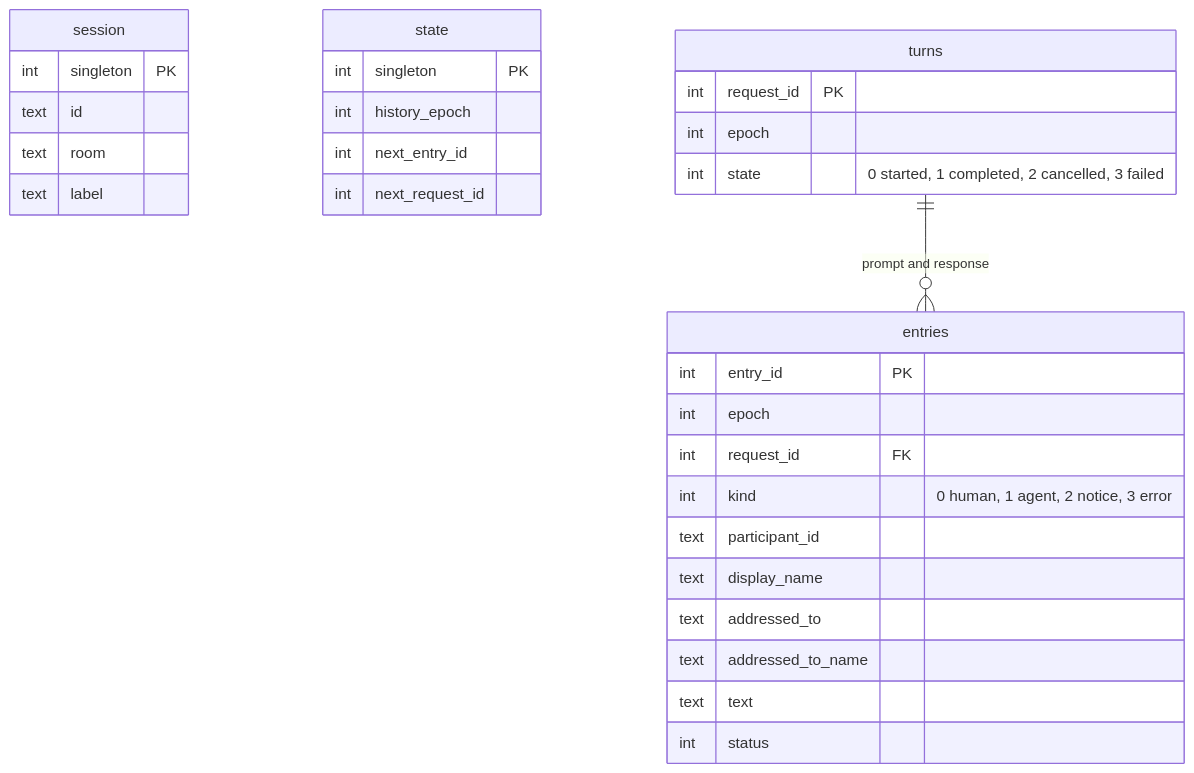
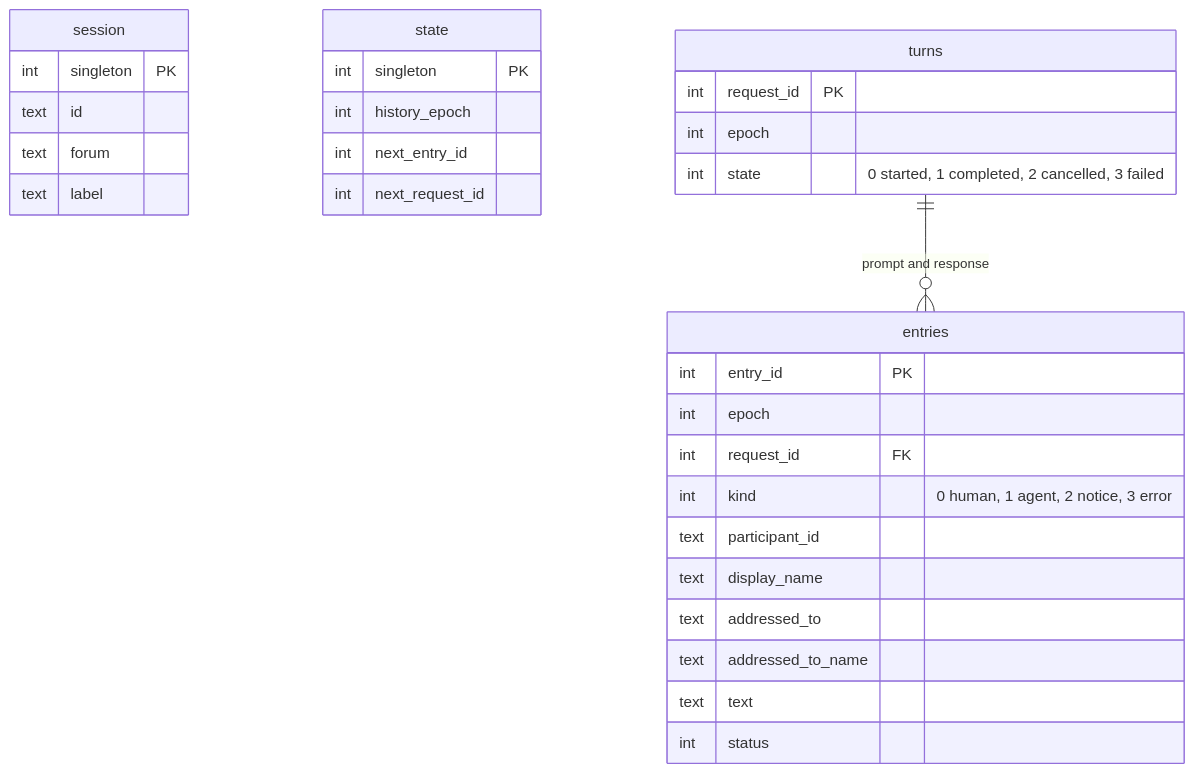
Before and after one commit to michaelpopov/cha: the third of 4 diagrams in src/session/README.md, drawn with Mermaid. The commit also changed other lines of this file and 59 other files, not shown here.

Commit message:
Rename room to forum

````diff
--- a/src/session/README.md
+++ b/src/session/README.md
@@ -112,33 +112,33 @@
 ```mermaid
 erDiagram
     session {
         int singleton PK
         text id
-        text room
+        text forum
         text label
     }
     state {
         int singleton PK
         int history_epoch
         int next_entry_id
         int next_request_id
     }
     turns {
         int request_id PK
         int epoch
         int state "0 started, 1 completed, 2 cancelled, 3 failed"
     }
     entries {
         int entry_id PK
         int epoch
         int request_id FK
         int kind "0 human, 1 agent, 2 notice, 3 error"
         text participant_id
         text display_name
         text addressed_to
         text addressed_to_name
         text text
         int status
     }
     turns ||--o{ entries : "prompt and response"
 ```
````
